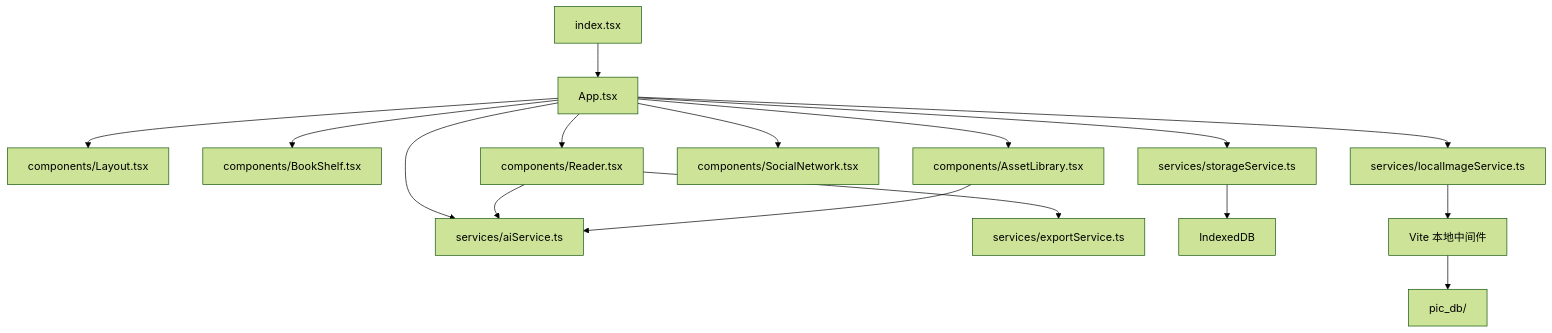
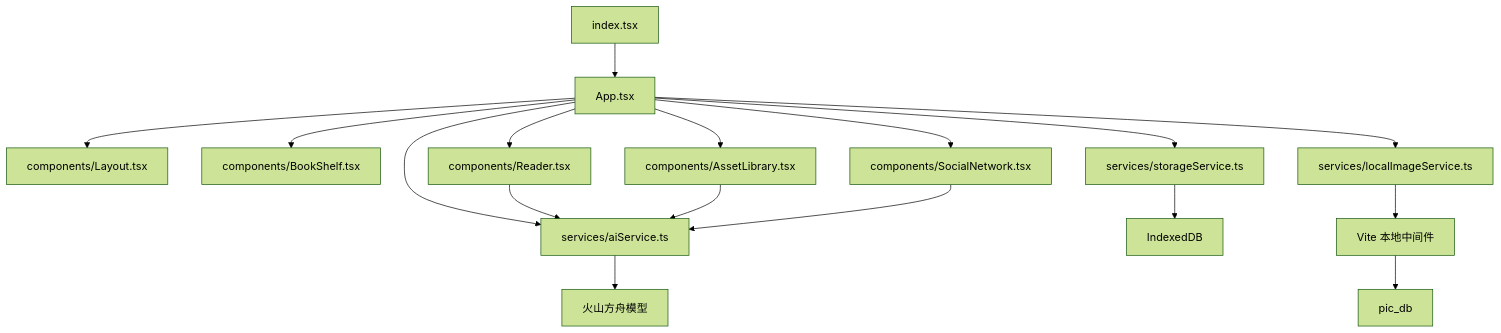
One commit to Colawz/Pic_reading changed the first of 2 diagrams in docs/开发文档.md. Above: the diagram before and after it, drawn with Mermaid (forest theme). The commit also changed other lines of this file and 21 other files, not shown here.

````diff
--- a/docs/开发文档.md
+++ b/docs/开发文档.md
@@ -18,18 +19,19 @@
 ```mermaid
 graph TD
     A[index.tsx] --> B[App.tsx]
     B --> C[components/Layout.tsx]
     B --> D[components/BookShelf.tsx]
     B --> E[components/Reader.tsx]
     B --> F[components/AssetLibrary.tsx]
     B --> G[components/SocialNetwork.tsx]
     B --> H[services/aiService.ts]
     B --> I[services/storageService.ts]
     B --> J[services/localImageService.ts]
     E --> H
-    E --> K[services/exportService.ts]
     F --> H
+    G --> H
+    H --> K[火山方舟模型]
     I --> L[IndexedDB]
     J --> M[Vite 本地中间件]
-    M --> N[pic_db/]
+    M --> N[pic_db]
 ```
````
